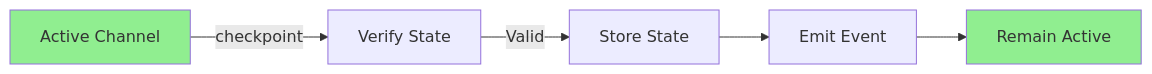
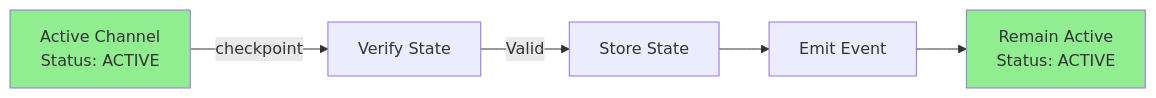
One commit to layer-3/docs changed the fourth of 10 diagrams in docs/protocol/on-chain/channel-lifecycle.mdx. Above: the diagram before and after it, drawn with Mermaid. The commit also changed other lines of this file and 3 other files, not shown here.

````diff
--- a/docs/protocol/on-chain/channel-lifecycle.mdx
+++ b/docs/protocol/on-chain/channel-lifecycle.mdx
@@ -148,10 +178,10 @@
 ```mermaid
 graph LR
-    A[Active Channel] -->|checkpoint| B[Verify State]
+    A[Active Channel<br/>Status: ACTIVE] -->|checkpoint| B[Verify State]
     B -->|Valid| C[Store State]
     C --> D[Emit Event]
-    D --> E[Remain Active]
+    D --> E[Remain Active<br/>Status: ACTIVE]
     
     style A fill:#90EE90
     style E fill:#90EE90
 ```
````
